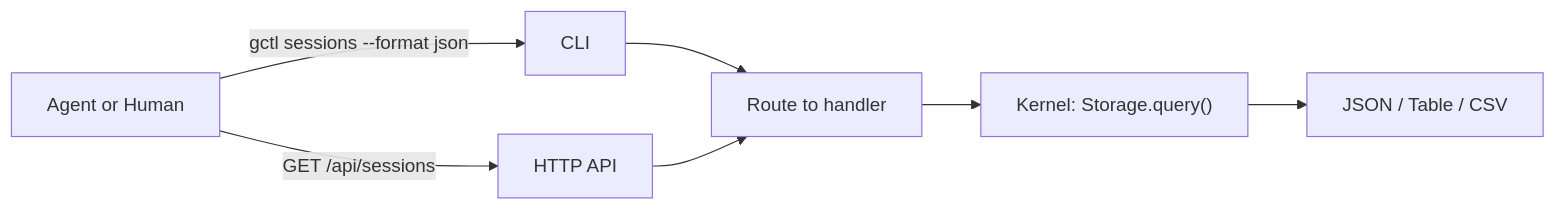
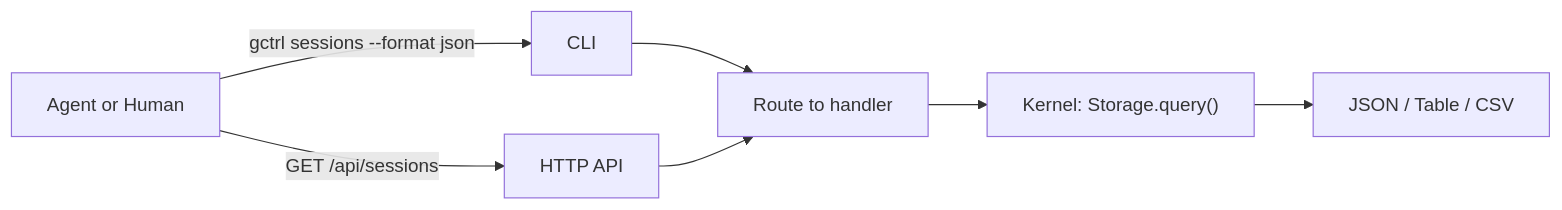
Before and after one commit to OpenHackersClub/gctrl: the third of 6 diagrams in specs/architecture/os.md, drawn with Mermaid. The commit also changed other lines of this file and 360 other files, not shown here.

First line of the commit message:
refactor: rename brand gctl → gctrl across repo

````diff
--- a/specs/architecture/os.md
+++ b/specs/architecture/os.md
@@ -231,9 +231,9 @@
 ```mermaid
 flowchart LR
-  Agent["Agent or Human"] -->|"gctl sessions --format json"| CLI
+  Agent["Agent or Human"] -->|"gctrl sessions --format json"| CLI
   Agent -->|"GET /api/sessions"| HTTP["HTTP API"]
   CLI --> Router["Route to handler"]
   HTTP --> Router
   Router --> Kernel["Kernel: Storage.query()"]
   Kernel --> Output["JSON / Table / CSV"]
 ```
````
